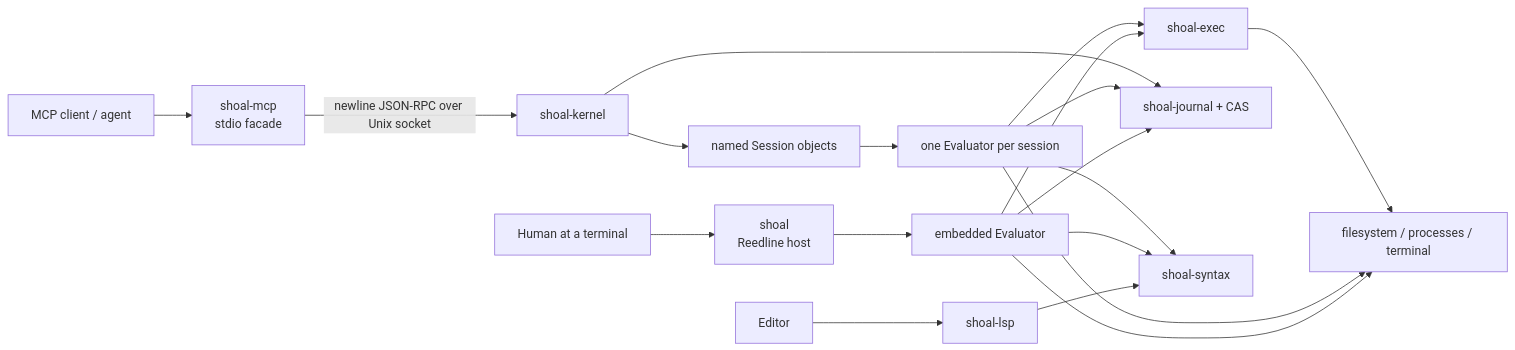
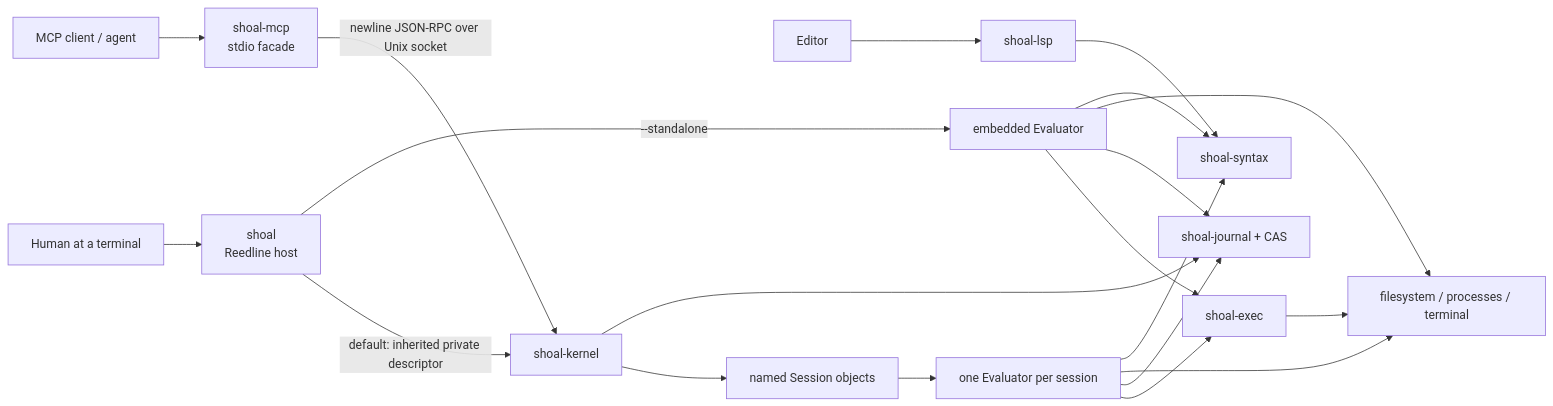
Before and after one commit to alliecatowo/shoal: the first of 5 diagrams in site/content/internals/system-map.md, drawn with Mermaid. The commit also changed other lines of this file and 33 other files, not shown here.

````diff
--- a/site/content/internals/system-map.md
+++ b/site/content/internals/system-map.md
@@ -29,26 +30,27 @@
 ```mermaid
 flowchart LR
 accTitle: System context
 accDescr: Shows the components and relationships described in System context.
   Human["Human at a terminal"] --> Shell["shoal\nReedline host"]
   Editor["Editor"] --> LSP["shoal-lsp"]
   Agent["MCP client / agent"] --> MCP["shoal-mcp\nstdio facade"]
   MCP -->|"newline JSON-RPC over Unix socket"| Kernel["shoal-kernel"]
 
-  Shell --> LocalEval["embedded Evaluator"]
+  Shell -->|"default: inherited private descriptor"| Kernel
+  Shell -->|"--standalone"| LocalEval["embedded Evaluator"]
   Kernel --> Sessions["named Session objects"]
   Sessions --> KernelEval["one Evaluator per session"]
 
   LocalEval --> Exec["shoal-exec"]
   KernelEval --> Exec
   LocalEval --> Journal["shoal-journal + CAS"]
   KernelEval --> Journal
   Kernel --> Journal
 
   LocalEval --> OS["filesystem / processes / terminal"]
   KernelEval --> OS
   Exec --> OS
   LSP --> Syntax["shoal-syntax"]
   LocalEval --> Syntax
   KernelEval --> Syntax
 ```
````
